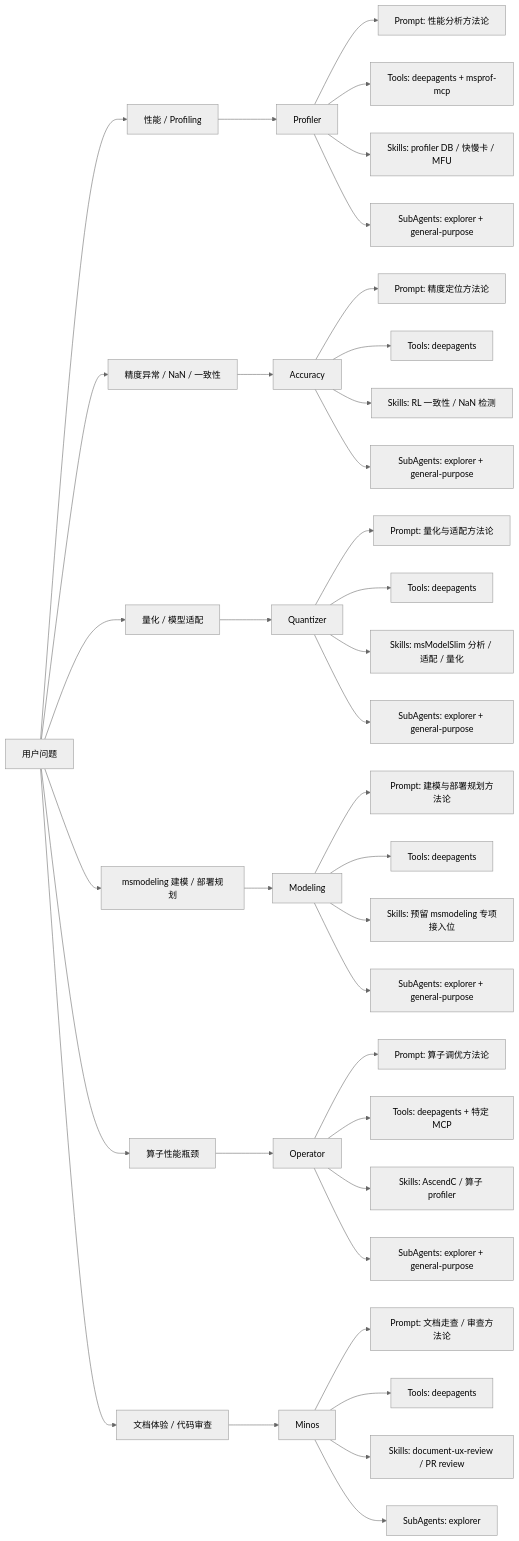
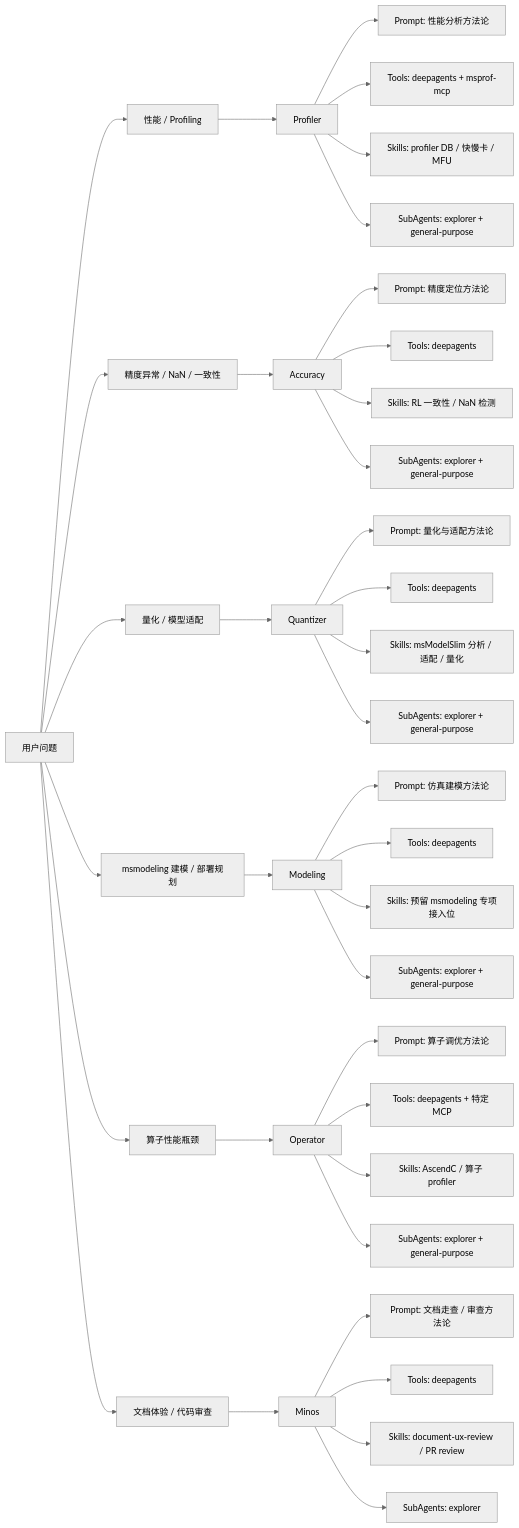
One commit to Krusty84/msagent changed the third of 6 diagrams in docs/zh/design/msagent_design.md. Above: the diagram before and after it, drawn with Mermaid (neutral theme). The commit also changed other lines of this file and 6 other files, not shown here.

````diff
--- a/docs/zh/design/msagent_design.md
+++ b/docs/zh/design/msagent_design.md
@@ -221,46 +221,46 @@
 ```mermaid
 flowchart LR
     U["用户问题"] --> Q1["性能 / Profiling"]
     U --> Q2["精度异常 / NaN / 一致性"]
     U --> Q3["量化 / 模型适配"]
     U --> Q4["msmodeling 建模 / 部署规划"]
     U --> Q5["算子性能瓶颈"]
     U --> Q6["文档体验 / 代码审查"]
 
     Q1 --> H["Profiler"]
     Q2 --> A["Accuracy"]
     Q3 --> Z["Quantizer"]
     Q4 --> O["Modeling"]
     Q5 --> I["Operator"]
     Q6 --> M["Minos"]
 
     H --> H1["Prompt: 性能分析方法论"]
     H --> H2["Tools: deepagents + msprof-mcp"]
     H --> H3["Skills: profiler DB / 快慢卡 / MFU"]
     H --> H4["SubAgents: explorer + general-purpose"]
 
     A --> A1["Prompt: 精度定位方法论"]
     A --> A2["Tools: deepagents"]
     A --> A3["Skills: RL 一致性 / NaN 检测"]
     A --> A4["SubAgents: explorer + general-purpose"]
 
     Z --> Z1["Prompt: 量化与适配方法论"]
     Z --> Z2["Tools: deepagents"]
     Z --> Z3["Skills: msModelSlim 分析 / 适配 / 量化"]
     Z --> Z4["SubAgents: explorer + general-purpose"]
 
-    O --> O1["Prompt: 建模与部署规划方法论"]
+    O --> O1["Prompt: 仿真建模方法论"]
     O --> O2["Tools: deepagents"]
     O --> O3["Skills: 预留 msmodeling 专项接入位"]
     O --> O4["SubAgents: explorer + general-purpose"]
 
     I --> I1["Prompt: 算子调优方法论"]
     I --> I2["Tools: deepagents + 特定 MCP"]
     I --> I3["Skills: AscendC / 算子 profiler"]
     I --> I4["SubAgents: explorer + general-purpose"]
 
     M --> M1["Prompt: 文档走查 / 审查方法论"]
     M --> M2["Tools: deepagents"]
     M --> M3["Skills: document-ux-review / PR review"]
     M --> M4["SubAgents: explorer"]
 ```
````
